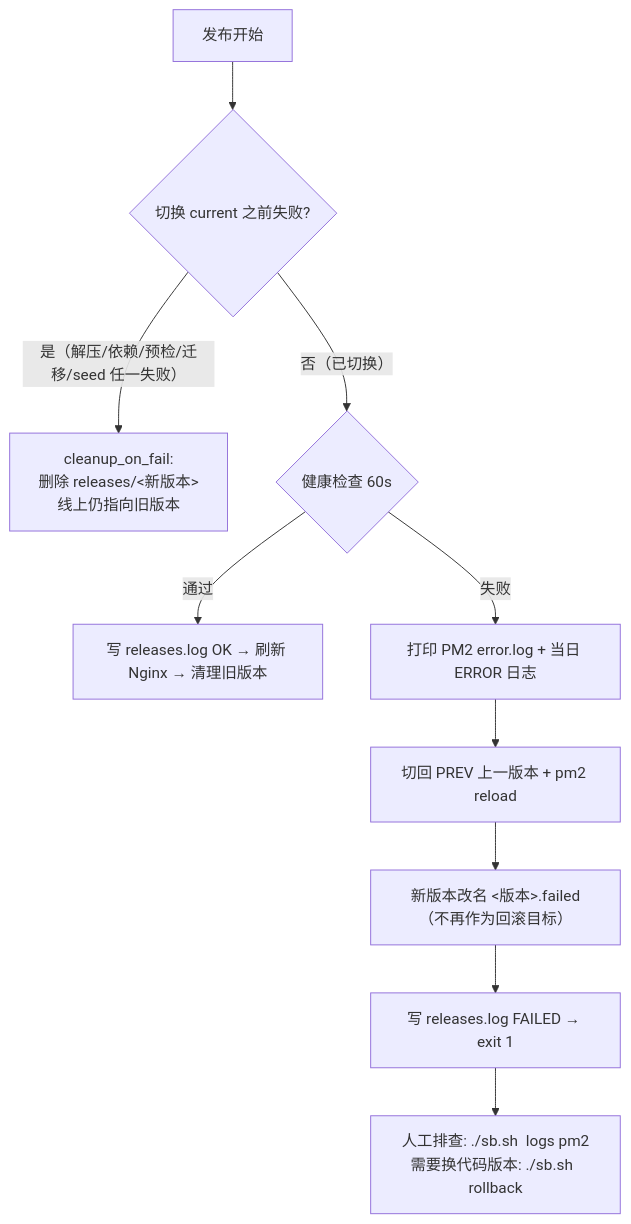
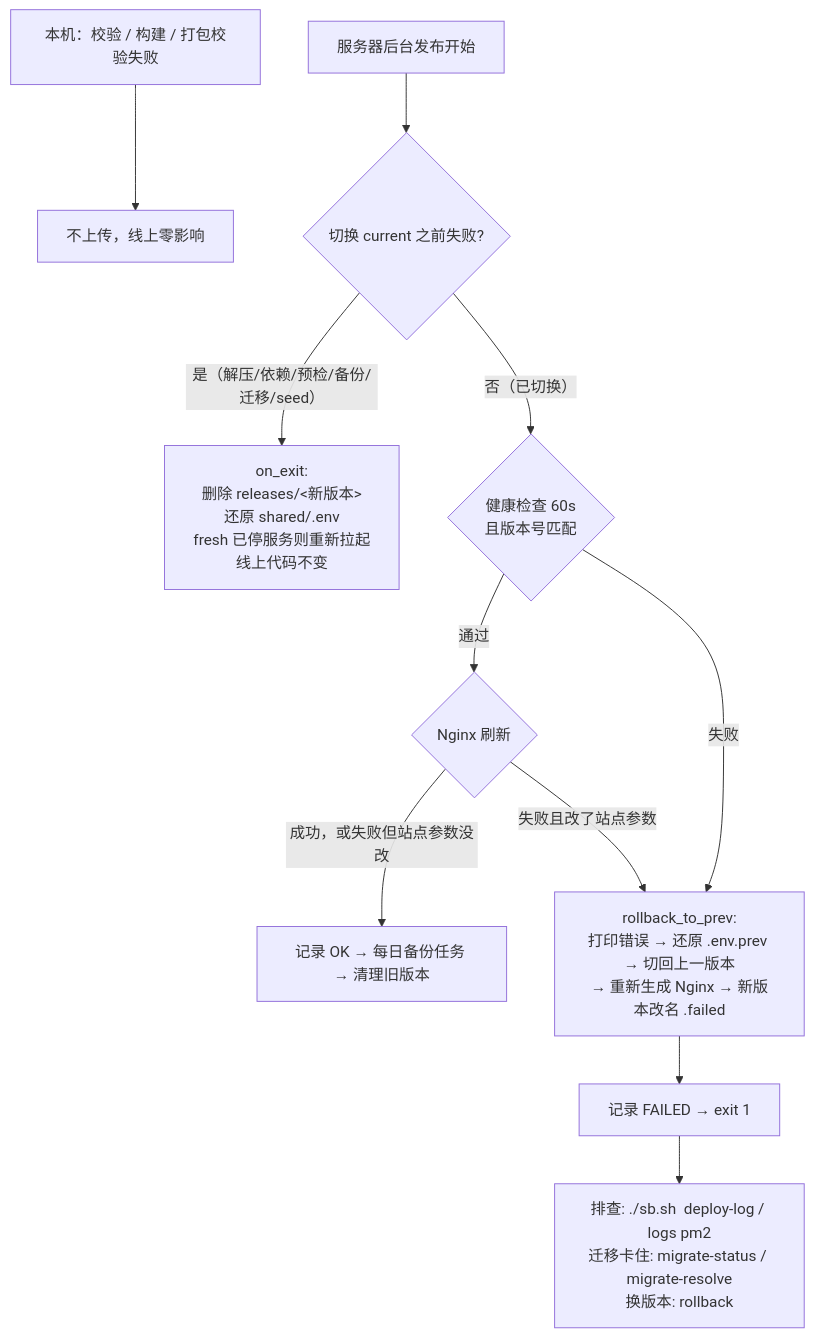
One commit to 984344996/SystemBase changed the fifth of 5 diagrams in docs/flow.md. Above: the diagram before and after it, drawn with Mermaid. The commit also changed other lines of this file and 32 other files, not shown here.

````diff
--- a/docs/flow.md
+++ b/docs/flow.md
@@ -236,12 +257,13 @@
 ```mermaid
 flowchart TD
-  D1["发布开始"] --> D2{"切换 current 之前失败?"}
-  D2 -->|"是（解压/依赖/预检/迁移/seed 任一失败）"| D3["cleanup_on_fail:<br/>删除 releases/<新版本><br/>线上仍指向旧版本"]
-  D2 -->|"否（已切换）"| H{"健康检查 60s"}
-  H -->|"通过"| OK["写 releases.log OK → 刷新 Nginx → 清理旧版本"]
-  H -->|"失败"| R1["打印 PM2 error.log + 当日 ERROR 日志"]
-  R1 --> R2["切回 PREV 上一版本 + pm2 reload"]
-  R2 --> R3["新版本改名 <版本>.failed（不再作为回滚目标）"]
-  R3 --> R4["写 releases.log FAILED → exit 1"]
-  R4 --> R5["人工排查: ./sb.sh <env> logs pm2<br/>需要换代码版本: ./sb.sh <env> rollback"]
+  D0["本机：校验 / 构建 / 打包校验失败"] --> D0a["不上传，线上零影响"]
+  D1["服务器后台发布开始"] --> D2{"切换 current 之前失败?"}
+  D2 -->|"是（解压/依赖/预检/备份/迁移/seed）"| D3["on_exit:<br/>删除 releases/<新版本><br/>还原 shared/.env<br/>fresh 已停服务则重新拉起<br/>线上代码不变"]
+  D2 -->|"否（已切换）"| H{"健康检查 60s<br/>且版本号匹配"}
+  H -->|"通过"| NG{"Nginx 刷新"}
+  NG -->|"成功，或失败但站点参数没改"| OK["记录 OK → 每日备份任务 → 清理旧版本"]
+  NG -->|"失败且改了站点参数"| R1
+  H -->|"失败"| R1["rollback_to_prev:<br/>打印错误 → 还原 .env.prev → 切回上一版本<br/>→ 重新生成 Nginx → 新版本改名 .failed"]
+  R1 --> R4["记录 FAILED → exit 1"]
+  R4 --> R5["排查: ./sb.sh <env> deploy-log / logs pm2<br/>迁移卡住: migrate-status / migrate-resolve<br/>换版本: rollback"]
 ```
````
